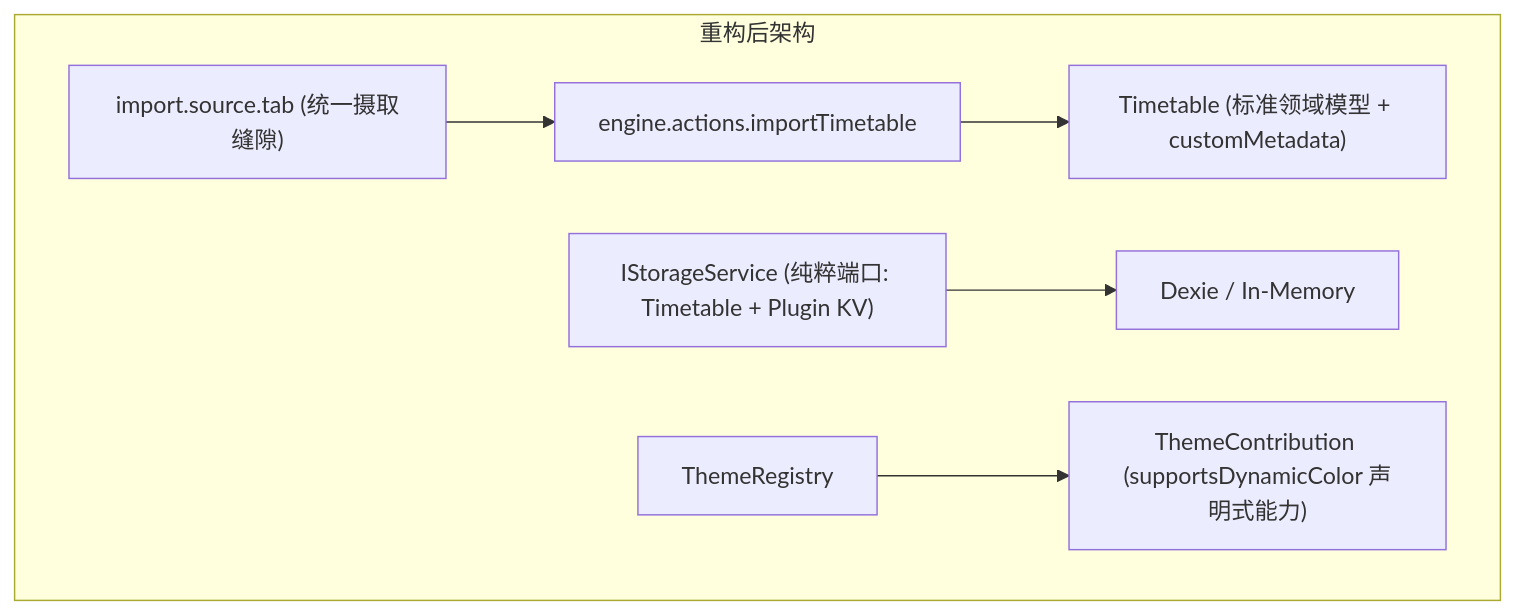
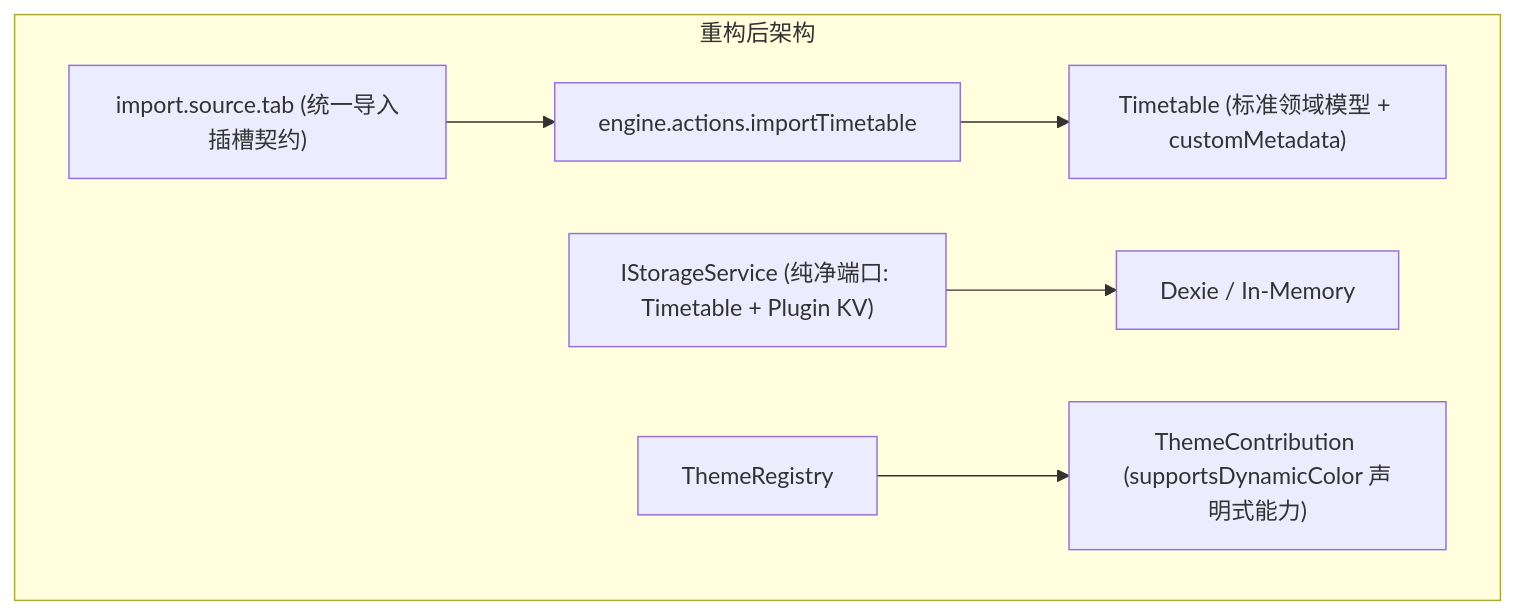
The diagram in .agents/docs/adr/0008-host-decoupling-and-deep-ingest-seam.md (CQUT-OpenProject/Chronos), drawn with Mermaid before and after one commit. The commit also changed other lines of this file and 90 other files, not shown here.

````diff
--- a/.agents/docs/adr/0008-host-decoupling-and-deep-ingest-seam.md
+++ b/.agents/docs/adr/0008-host-decoupling-and-deep-ingest-seam.md
@@ -23,11 +23,11 @@
 ```mermaid
 flowchart TD
     subgraph Refactored [重构后架构]
-        SlotIngest["import.source.tab (统一摄取缝隙)"] --> EngineAction["engine.actions.importTimetable"]
+        SlotIngest["import.source.tab (统一导入插槽契约)"] --> EngineAction["engine.actions.importTimetable"]
         EngineAction --> PureTimetable["Timetable (标准领域模型 + customMetadata)"]
 
-        PureStorage["IStorageService (纯粹端口: Timetable + Plugin KV)"] --> StorageImpl["Dexie / In-Memory"]
+        PureStorage["IStorageService (纯净端口: Timetable + Plugin KV)"] --> StorageImpl["Dexie / In-Memory"]
 
         Themes["ThemeRegistry"] --> ThemeContrib["ThemeContribution (supportsDynamicColor 声明式能力)"]
     end
 ```
````
